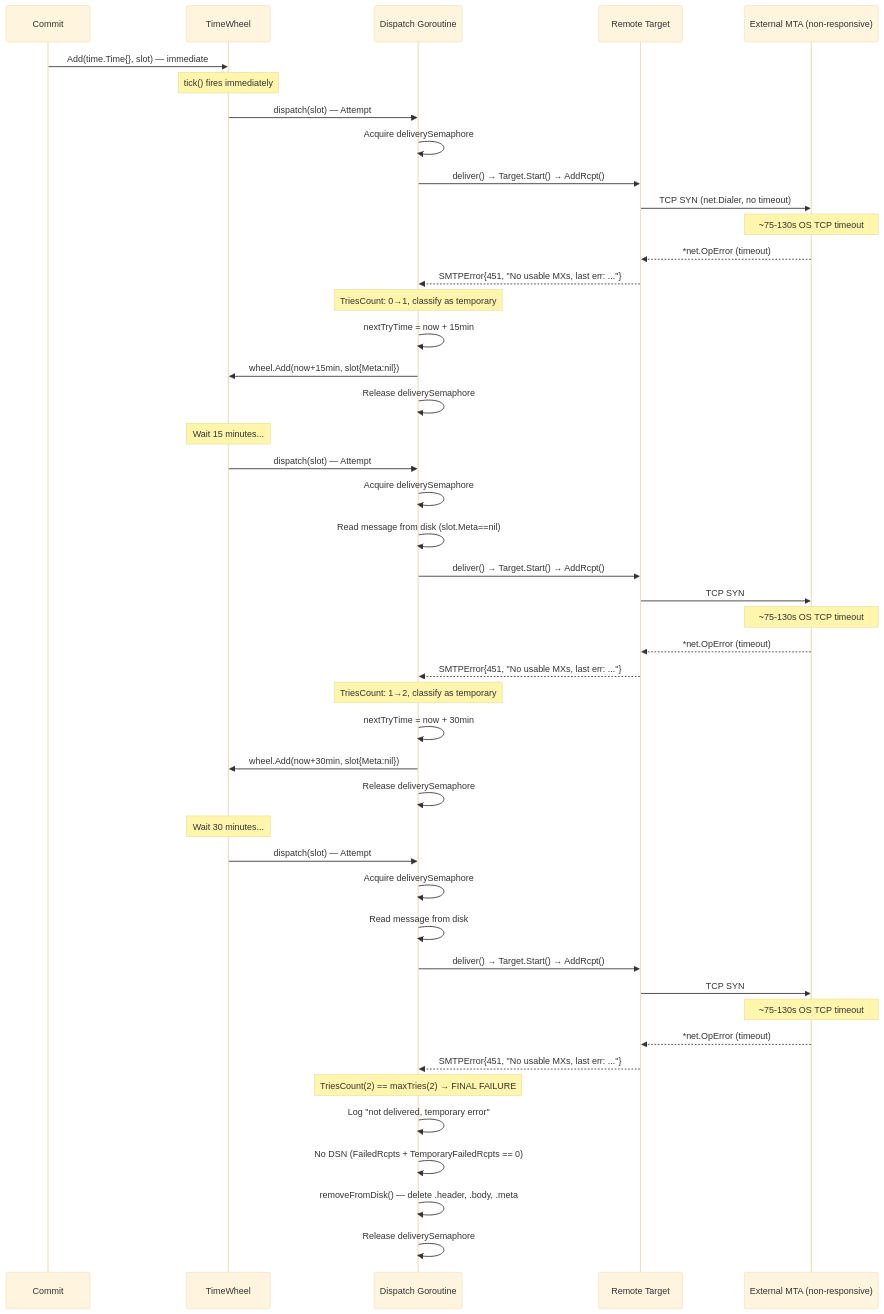
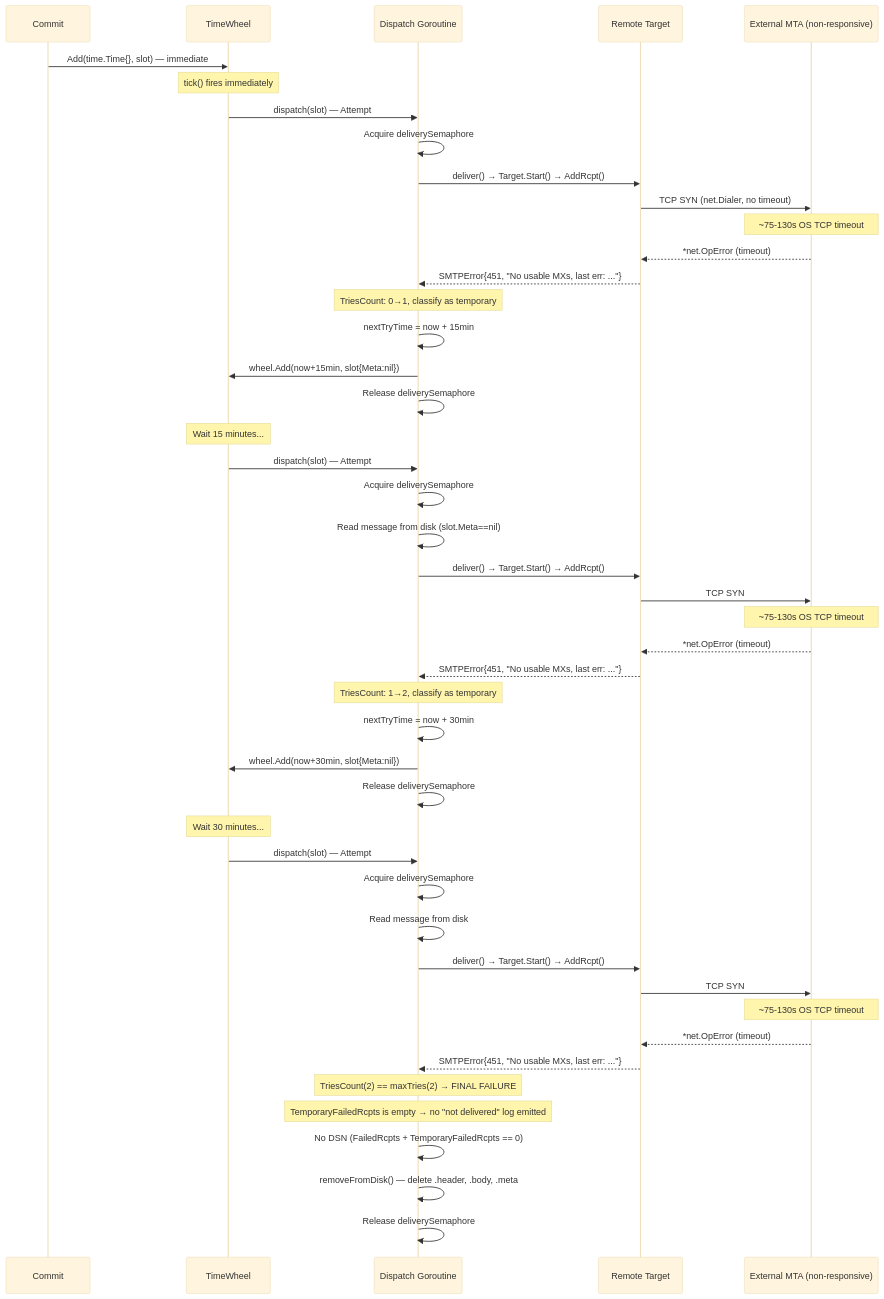
The second of 5 diagrams in blitzy/documentation/maddy.md (blitzy-research/maddy), drawn with Mermaid (base theme) before and after one commit. The commit also changed other lines of this file, not shown here.

````diff
--- a/blitzy/documentation/maddy.md
+++ b/blitzy/documentation/maddy.md
@@ -335,54 +335,54 @@
 ```mermaid
 sequenceDiagram
     participant C as Commit
     participant TW as TimeWheel
     participant D as Dispatch Goroutine
     participant R as Remote Target
     participant MX as External MTA (non-responsive)
 
     C->>TW: Add(time.Time{}, slot) — immediate
     Note over TW: tick() fires immediately
 
     TW->>D: dispatch(slot) — Attempt #1
     D->>D: Acquire deliverySemaphore
     D->>R: deliver() → Target.Start() → AddRcpt()
     R->>MX: TCP SYN (net.Dialer, no timeout)
     Note over MX: ~75-130s OS TCP timeout
     MX-->>R: *net.OpError (timeout)
     R-->>D: SMTPError{451, "No usable MXs, last err: ..."}
     Note over D: TriesCount: 0→1, classify as temporary
     D->>D: nextTryTime = now + 15min
     D->>TW: wheel.Add(now+15min, slot{Meta:nil})
     D->>D: Release deliverySemaphore
 
     Note over TW: Wait 15 minutes...
 
     TW->>D: dispatch(slot) — Attempt #2
     D->>D: Acquire deliverySemaphore
     D->>D: Read message from disk (slot.Meta==nil)
     D->>R: deliver() → Target.Start() → AddRcpt()
     R->>MX: TCP SYN
     Note over MX: ~75-130s OS TCP timeout
     MX-->>R: *net.OpError (timeout)
     R-->>D: SMTPError{451, "No usable MXs, last err: ..."}
     Note over D: TriesCount: 1→2, classify as temporary
     D->>D: nextTryTime = now + 30min
     D->>TW: wheel.Add(now+30min, slot{Meta:nil})
     D->>D: Release deliverySemaphore
 
     Note over TW: Wait 30 minutes...
 
     TW->>D: dispatch(slot) — Attempt #3 (FINAL)
     D->>D: Acquire deliverySemaphore
     D->>D: Read message from disk
     D->>R: deliver() → Target.Start() → AddRcpt()
     R->>MX: TCP SYN
     Note over MX: ~75-130s OS TCP timeout
     MX-->>R: *net.OpError (timeout)
     R-->>D: SMTPError{451, "No usable MXs, last err: ..."}
     Note over D: TriesCount(2) == maxTries(2) → FINAL FAILURE
-    D->>D: Log "not delivered, temporary error"
+    Note over D: TemporaryFailedRcpts is empty → no "not delivered" log emitted
     D->>D: No DSN (FailedRcpts + TemporaryFailedRcpts == 0)
     D->>D: removeFromDisk() — delete .header, .body, .meta
     D->>D: Release deliverySemaphore
 ```
````
